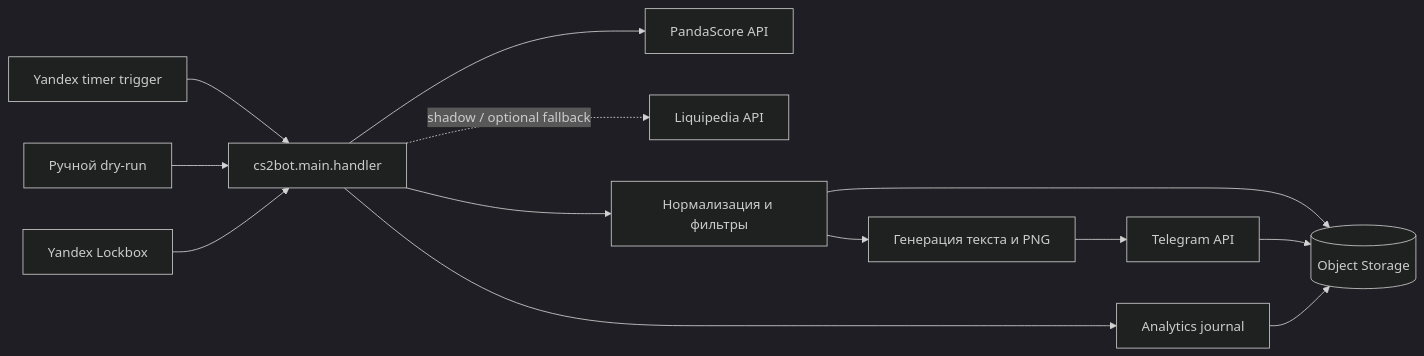
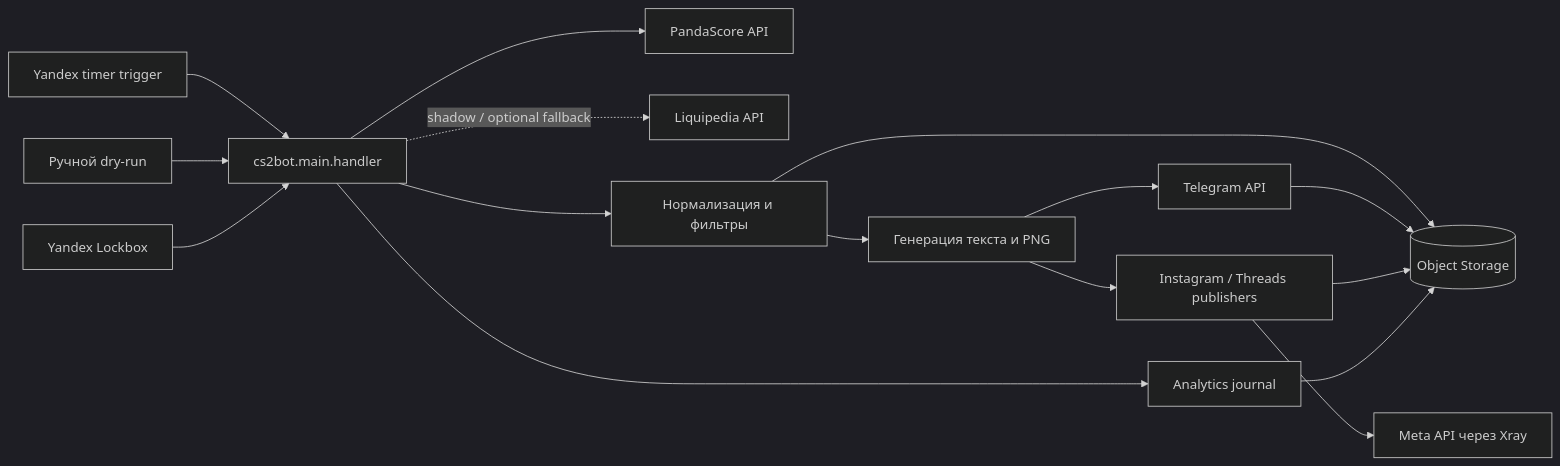
Before and after one commit to vovakorn/CS2Results: the diagram in docs/architecture.md, drawn with Mermaid (dark theme). The commit also changed other lines of this file and 19 other files, not shown here.

````diff
--- a/docs/architecture.md
+++ b/docs/architecture.md
@@ -9,15 +9,18 @@
 ```mermaid
 flowchart LR
     T[Yandex timer trigger] --> H[cs2bot.main.handler]
     M[Ручной dry-run] --> H
     H --> P[PandaScore API]
     H -. shadow / optional fallback .-> L[Liquipedia API]
     H --> F[Нормализация и фильтры]
     F --> S[(Object Storage)]
     F --> C[Генерация текста и PNG]
     C --> G[Telegram API]
+    C --> SP[Instagram / Threads publishers]
+    SP --> Q[Meta API через Xray]
     G --> S
+    SP --> S
     H --> A[Analytics journal]
     A --> S
     X[Yandex Lockbox] --> H
 ```
````
